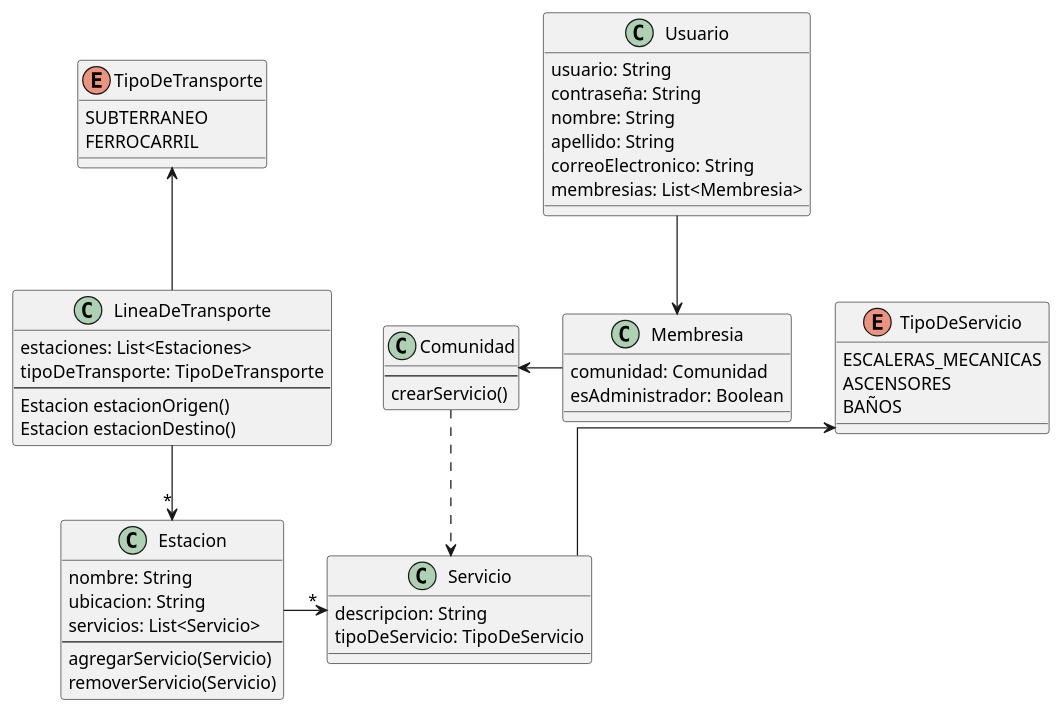
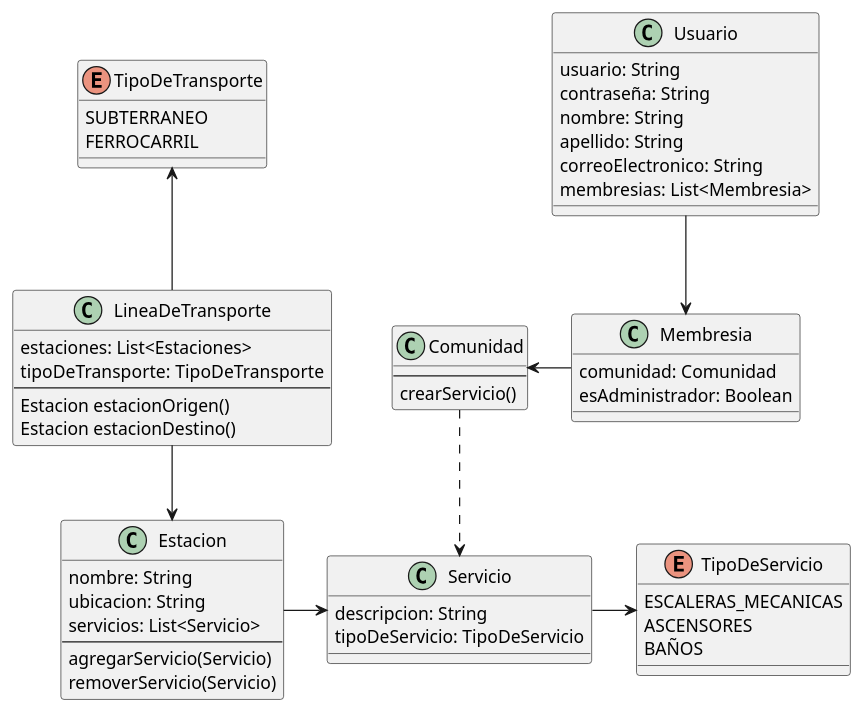
One commit to ValenAquino/tp-dds-2023 changed the diagram in docs/clases.puml. Above: the diagram before and after it, drawn with PlantUML.

Commit message:
style: acomodar diagrama para que se vea mejor y formatear código

```diff
--- a/docs/clases.puml
+++ b/docs/clases.puml
@@ -1,61 +1,63 @@
 @startuml TPA1-Clases
 skinparam linetype ortho
 
 class LineaDeTransporte {
   estaciones: List<Estaciones>
   tipoDeTransporte: TipoDeTransporte
   --
   Estacion estacionOrigen()
   Estacion estacionDestino()
 }
+
 enum TipoDeTransporte {
   SUBTERRANEO
   FERROCARRIL
 }
 
 class Estacion {
   nombre: String
   ubicacion: String
   servicios: List<Servicio>
   --
   agregarServicio(Servicio)
   removerServicio(Servicio)
 }
 
 class Comunidad {
   --
   crearServicio()
 }
 
 class Usuario {
   usuario: String
   contraseña: String
   nombre: String
   apellido: String
   correoElectronico: String
   membresias: List<Membresia>
 }
 
 class Membresia {
   comunidad: Comunidad
   esAdministrador: Boolean
 }
 
-class Servicio{
+class Servicio {
   descripcion: String
   tipoDeServicio: TipoDeServicio
 }
+
 enum TipoDeServicio {
   ESCALERAS_MECANICAS
   ASCENSORES
   BAÑOS
 }
 
-Estacion ->"*" Servicio
-TipoDeServicio <-- Servicio
+Estacion -> Servicio
+Servicio -> TipoDeServicio
 Comunidad ..> Servicio
-LineaDeTransporte -->"*" Estacion
 Usuario --> Membresia
 Comunidad <- Membresia
+LineaDeTransporte --> Estacion
 TipoDeTransporte <-- LineaDeTransporte
 @enduml
```
